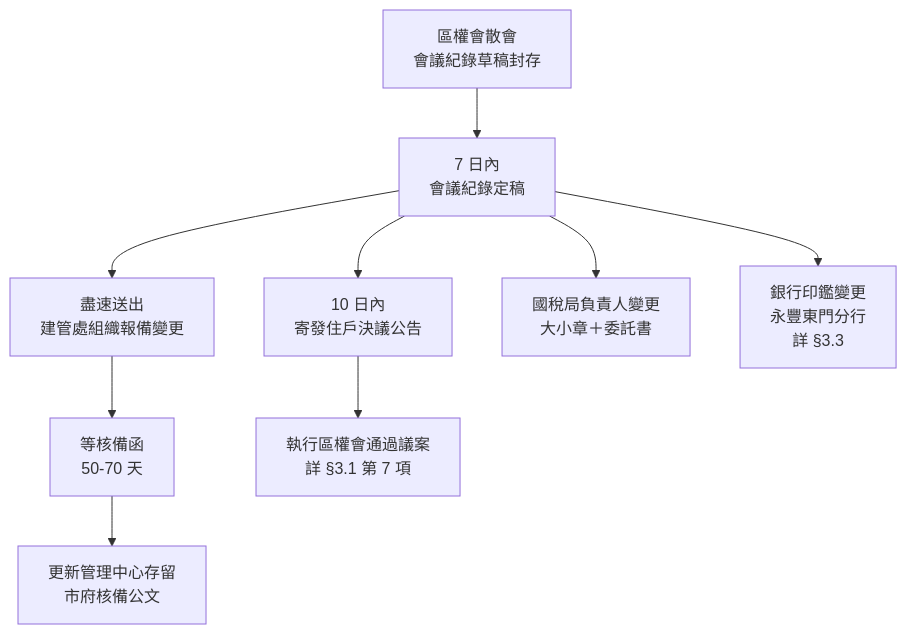
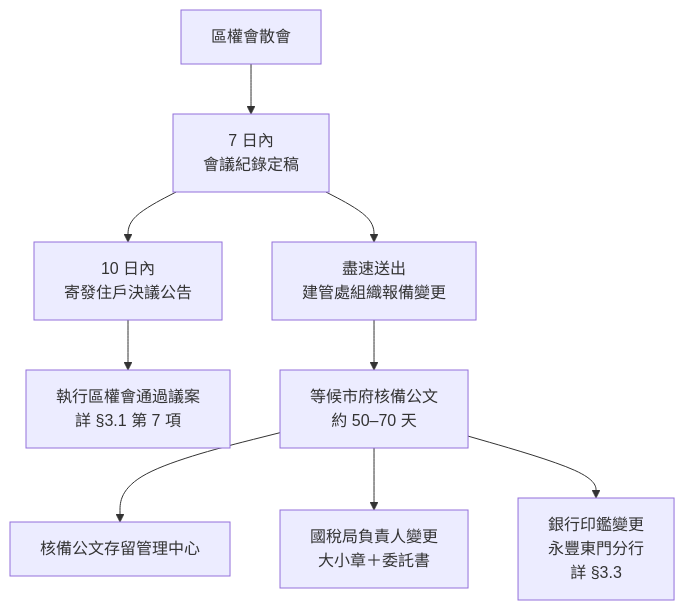
One commit to culturalcity/culturalcity.github.io changed the fifth of 5 diagrams in src/admin/staff/pm-wiki.md. Above: the diagram before and after it, drawn with Mermaid. The commit also changed other lines of this file, not shown here.

````diff
--- a/src/admin/staff/pm-wiki.md
+++ b/src/admin/staff/pm-wiki.md
@@ -1317,11 +1317,11 @@
 ```mermaid
 flowchart TD
-  A[區權會散會<br/>會議紀錄草稿封存] --> B[7 日內<br/>會議紀錄定稿]
+  A[區權會散會] --> B[7 日內<br/>會議紀錄定稿]
   B --> C[10 日內<br/>寄發住戶決議公告]
+  C --> I[執行區權會通過議案<br/>詳 §3.1 第 7 項]
   B --> D[盡速送出<br/>建管處組織報備變更]
-  B --> E[國稅局負責人變更<br/>大小章＋委託書]
-  B --> F[銀行印鑑變更<br/>永豐東門分行<br/>詳 §3.3]
-  D --> G[等核備函<br/>50-70 天]
-  G --> H[更新管理中心存留<br/>市府核備公文]
-  C --> I[執行區權會通過議案<br/>詳 §3.1 第 7 項]
+  D --> G[等候市府核備公文<br/>約 50–70 天]
+  G --> H[核備公文存留管理中心]
+  G --> E[國稅局負責人變更<br/>大小章＋委託書]
+  G --> F[銀行印鑑變更<br/>永豐東門分行<br/>詳 §3.3]
 ```
````
